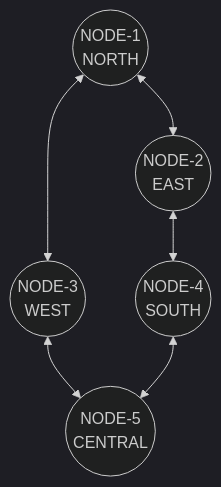
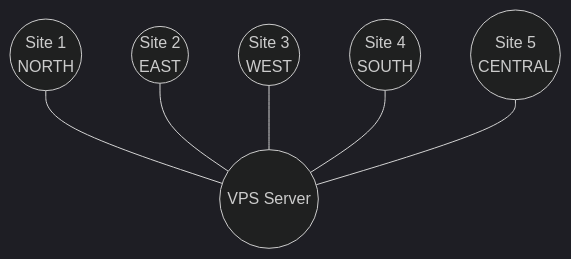
The diagram in README.md (JohnRTitor/TrafficSync), drawn with Mermaid (dark theme) before and after one commit. The commit also changed other lines of this file, not shown here.

Commit message:
clarify site, region, physical transport

````diff
--- a/README.md
+++ b/README.md
@@ -10,8 +14,9 @@
 ```mermaid
 graph TD
-    NODE-1((NODE-1<br>NORTH)) <--> NODE-2((NODE-2<br>EAST))
-    NODE-1 <--> NODE-3((NODE-3<br>WEST))
-    NODE-2 <--> NODE-4((NODE-4<br>SOUTH))
-    NODE-3 <--> NODE-5((NODE-5<br>CENTRAL))
-    NODE-4 <--> NODE-5
+    VPS((VPS Server))
+    NODE-1((Site 1<br>NORTH)) --- VPS
+    NODE-2((Site 2<br>EAST)) --- VPS
+    NODE-3((Site 3<br>WEST)) --- VPS
+    NODE-4((Site 4<br>SOUTH)) --- VPS
+    NODE-5((Site 5<br>CENTRAL)) --- VPS
 ```
````
